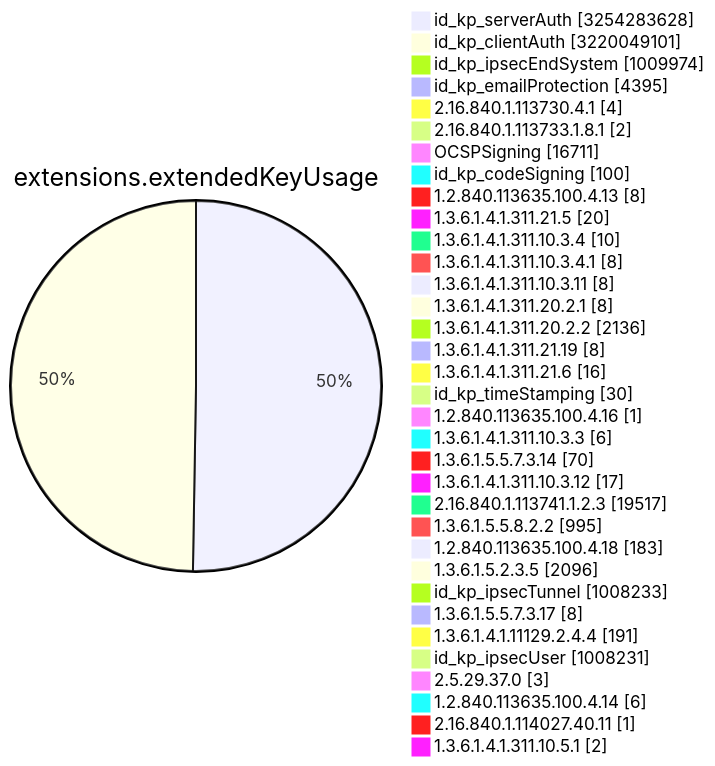
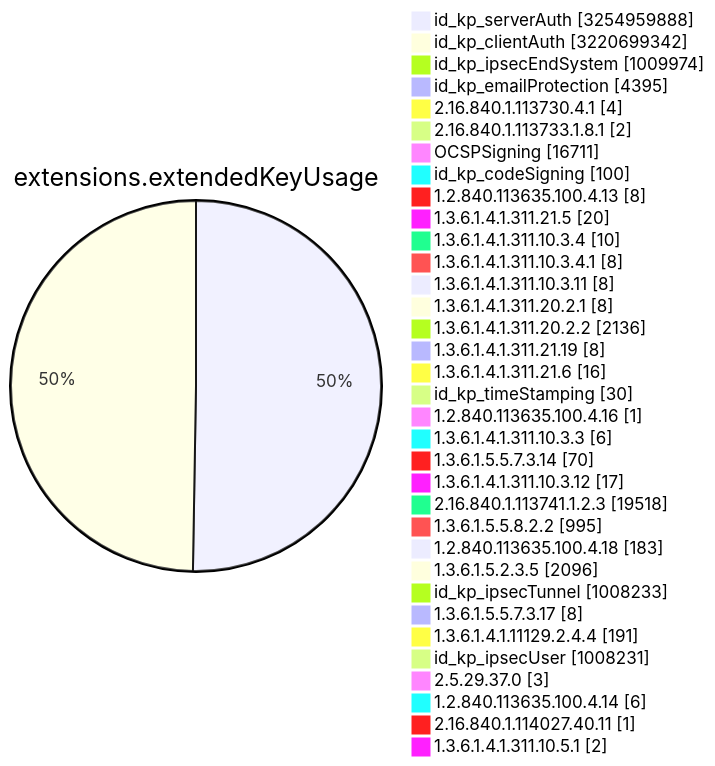
Diagram 11 of 15 in TOTAL/README.md (christiankrug/ctmonitor_visualization), drawn with Mermaid before and after one commit. The commit also changed other lines of this file, not shown here.

````diff
--- a/TOTAL/README.md
+++ b/TOTAL/README.md
@@ -4119,38 +4119,38 @@
 ```mermaid
 pie showData
 title extensions.extendedKeyUsage
-"id_kp_serverAuth" :3254283628
-"id_kp_clientAuth" :3220049101
+"id_kp_serverAuth" :3254959888
+"id_kp_clientAuth" :3220699342
 "id_kp_ipsecEndSystem" :1009974
 "id_kp_emailProtection" :4395
 "2.16.840.1.113730.4.1" :4
 "2.16.840.1.113733.1.8.1" :2
 "OCSPSigning" :16711
 "id_kp_codeSigning" :100
 "1.2.840.113635.100.4.13" :8
 "1.3.6.1.4.1.311.21.5" :20
 "1.3.6.1.4.1.311.10.3.4" :10
 "1.3.6.1.4.1.311.10.3.4.1" :8
 "1.3.6.1.4.1.311.10.3.11" :8
 "1.3.6.1.4.1.311.20.2.1" :8
 "1.3.6.1.4.1.311.20.2.2" :2136
 "1.3.6.1.4.1.311.21.19" :8
 "1.3.6.1.4.1.311.21.6" :16
 "id_kp_timeStamping" :30
 "1.2.840.113635.100.4.16" :1
 "1.3.6.1.4.1.311.10.3.3" :6
 "1.3.6.1.5.5.7.3.14" :70
 "1.3.6.1.4.1.311.10.3.12" :17
-"2.16.840.1.113741.1.2.3" :19517
+"2.16.840.1.113741.1.2.3" :19518
 "1.3.6.1.5.5.8.2.2" :995
 "1.2.840.113635.100.4.18" :183
 "1.3.6.1.5.2.3.5" :2096
 "id_kp_ipsecTunnel" :1008233
 "1.3.6.1.5.5.7.3.17" :8
 "1.3.6.1.4.1.11129.2.4.4" :191
 "id_kp_ipsecUser" :1008231
 "2.5.29.37.0" :3
 "1.2.840.113635.100.4.14" :6
 "2.16.840.1.114027.40.11" :1
 "1.3.6.1.4.1.311.10.5.1" :2
 ```
````
